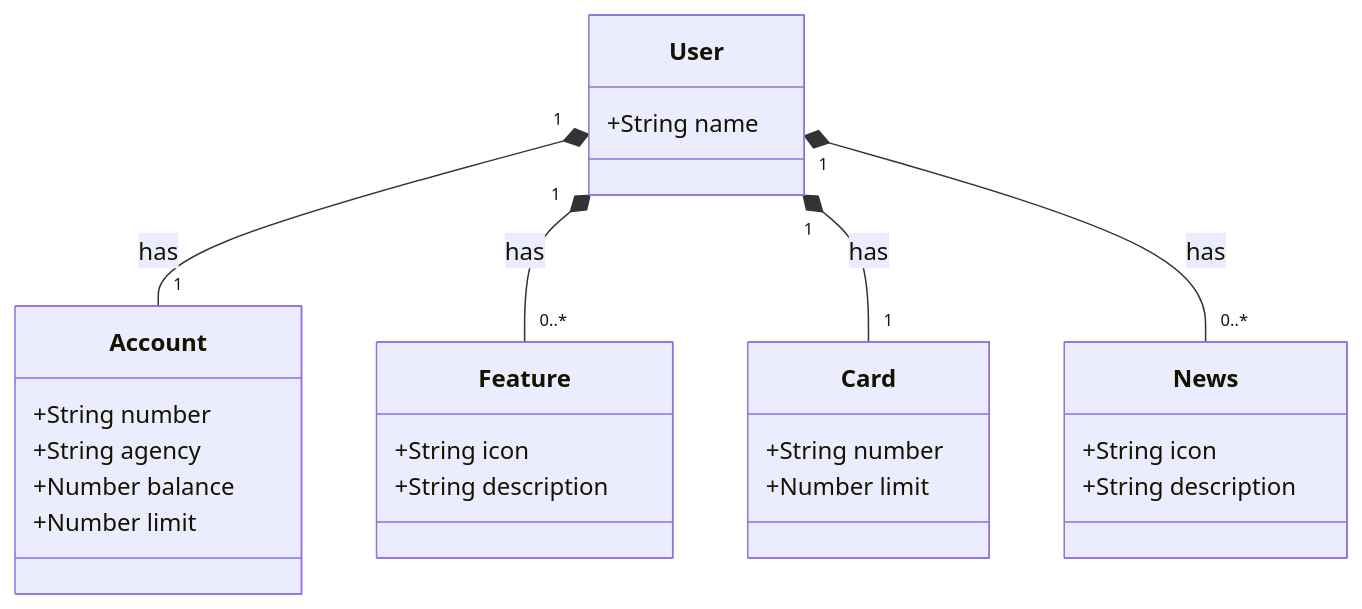
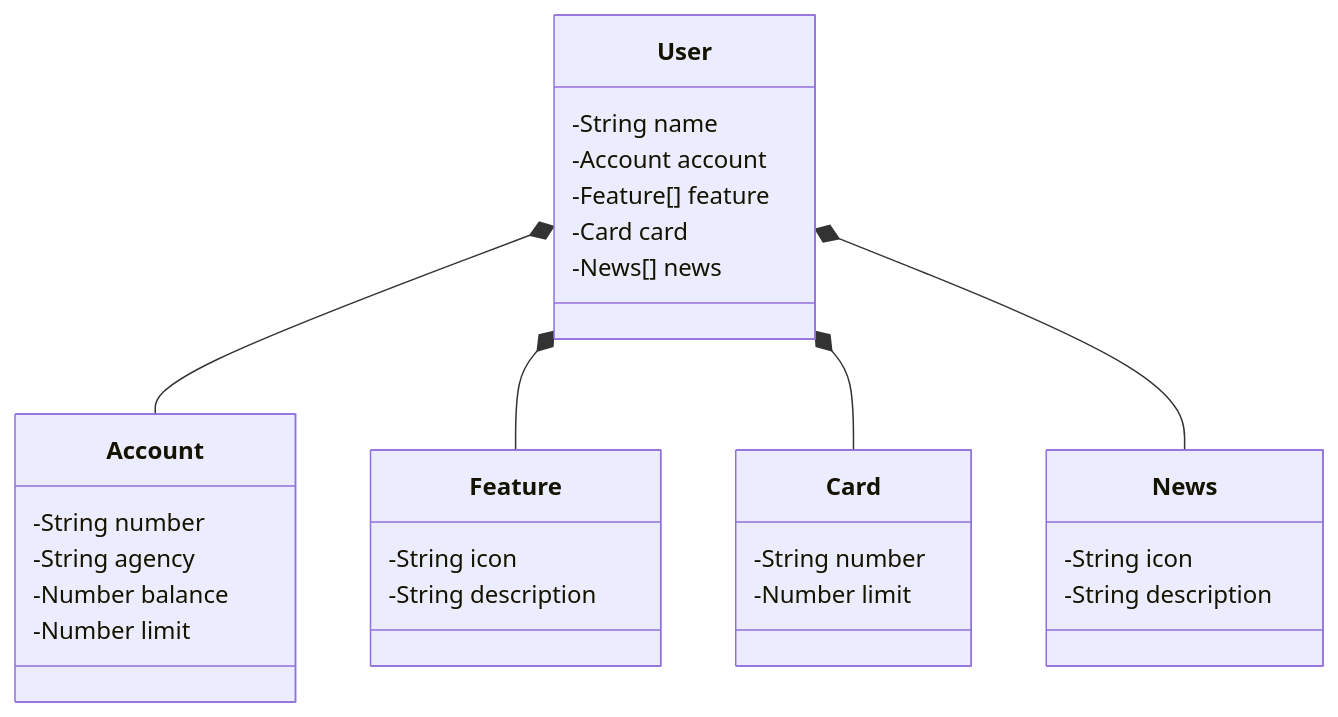
The diagram in spring-boot/satander-dev-week/README.md (WalassiSilva/dio-java), drawn with Mermaid before and after one commit.

````diff
--- a/spring-boot/satander-dev-week/README.md
+++ b/spring-boot/satander-dev-week/README.md
@@ -5,33 +5,37 @@
 ```mermaid
 classDiagram
     class User {
-        +String name
+        -String name
+        -Account account
+        -Feature[] feature
+        -Card card
+        -News[] news
     }
 
     class Account {
-        +String number
-        +String agency
-        +Number balance
-        +Number limit
+        -String number
+        -String agency
+        -Number balance
+        -Number limit
     }
 
     class Feature {
-        +String icon
-        +String description
+        -String icon
+        -String description
     }
 
     class Card {
-        +String number
-        +Number limit
+        -String number
+        -Number limit
     }
 
     class News {
-        +String icon
-        +String description
+        -String icon
+        -String description
     }
 
-    User "1" *-- "1" Account : has
-    User "1" *-- "0..*" Feature : has
-    User "1" *-- "1" Card : has
-    User "1" *-- "0..*" News : has
+    User *-- Account
+    User *-- Feature
+    User *-- Card
+    User *-- News
 ```
````
